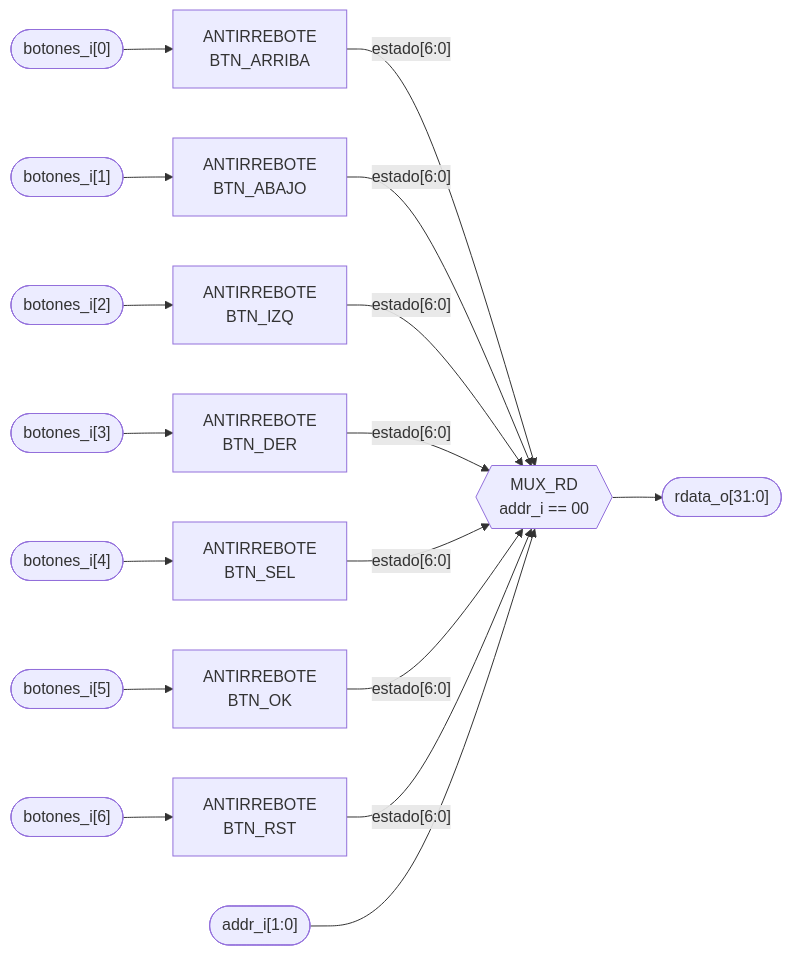
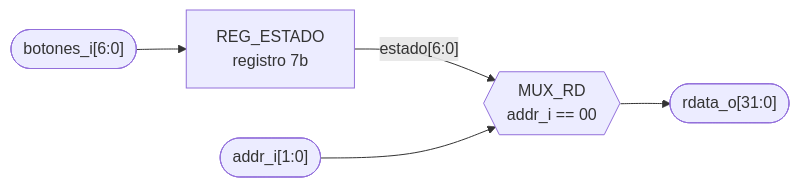
One commit to Taller-de-diseno-digital-GR01/Proyecto-3-Batalla-Naval changed the second of 2 diagrams in docs/diseño/modulos/PERIFERICO_ENTRADAS.md. Above: the diagram before and after it, drawn with Mermaid. The commit also changed other lines of this file, not shown here.

Commit message:
PERIFERICO_ENTRADAS.md sin antirrebote, queda REG_ESTADO y el mux de lectura

````diff
--- a/docs/diseño/modulos/PERIFERICO_ENTRADAS.md
+++ b/docs/diseño/modulos/PERIFERICO_ENTRADAS.md
@@ -152,14 +157,7 @@
 ```mermaid
 flowchart LR
-    B0(["botones_i[0]"]) --> AR0["ANTIRREBOTE<br/>BTN_ARRIBA"]
-    B1(["botones_i[1]"]) --> AR1["ANTIRREBOTE<br/>BTN_ABAJO"]
-    B2(["botones_i[2]"]) --> AR2["ANTIRREBOTE<br/>BTN_IZQ"]
-    B3(["botones_i[3]"]) --> AR3["ANTIRREBOTE<br/>BTN_DER"]
-    B4(["botones_i[4]"]) --> AR4["ANTIRREBOTE<br/>BTN_SEL"]
-    B5(["botones_i[5]"]) --> AR5["ANTIRREBOTE<br/>BTN_OK"]
-    B6(["botones_i[6]"]) --> AR6["ANTIRREBOTE<br/>BTN_RST"]
-
-    AR0 & AR1 & AR2 & AR3 & AR4 & AR5 & AR6 -->|"estado[6:0]"| MUX_RD{{"MUX_RD<br/>addr_i == 00"}}
+    BTN(["botones_i[6:0]"]) --> REG["REG_ESTADO<br/>registro 7b"]
+    REG -->|"estado[6:0]"| MUX_RD{{"MUX_RD<br/>addr_i == 00"}}
     ADDR(["addr_i[1:0]"]) --> MUX_RD
     MUX_RD --> OUT_RD(["rdata_o[31:0]"])
 ```
````
